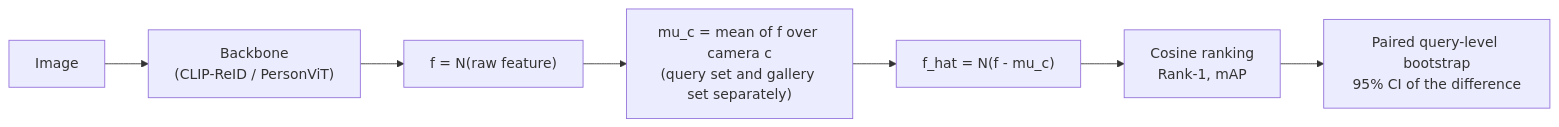
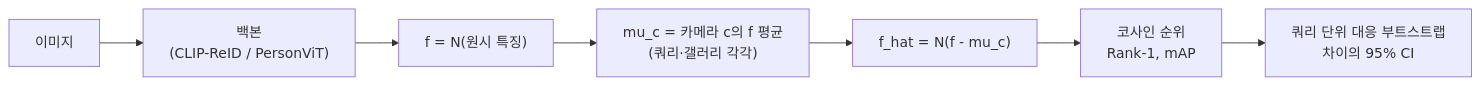
The diagram in 2026_석사논문_ReID_카메라특징보정/README.md (artelee/IndustrialAI), drawn with Mermaid before and after one commit. The commit also changed other lines of this file and 18 other files, not shown here.

````diff
--- a/2026_석사논문_ReID_카메라특징보정/README.md
+++ b/2026_석사논문_ReID_카메라특징보정/README.md
@@ -15,9 +15,9 @@
 ```mermaid
 flowchart LR
-    A["Image"] --> B["Backbone<br/>(CLIP-ReID / PersonViT)"]
-    B --> C["f = N(raw feature)"]
-    C --> D["mu_c = mean of f over camera c<br/>(query set and gallery set separately)"]
+    A["이미지"] --> B["백본<br/>(CLIP-ReID / PersonViT)"]
+    B --> C["f = N(원시 특징)"]
+    C --> D["mu_c = 카메라 c의 f 평균<br/>(쿼리·갤러리 각각)"]
     D --> E["f_hat = N(f - mu_c)"]
-    E --> F["Cosine ranking<br/>Rank-1, mAP"]
-    F --> G["Paired query-level bootstrap<br/>95% CI of the difference"]
+    E --> F["코사인 순위<br/>Rank-1, mAP"]
+    F --> G["쿼리 단위 대응 부트스트랩<br/>차이의 95% CI"]
 ```
````
